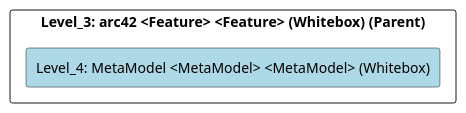
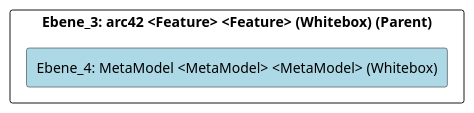
Before and after one commit to marcozwyssig/cleon: the diagram in doc/cleonproject_deliverables_architecture_model_architecture/adoc/de/05_bausteinsicht/cleon/architecture_methods/arc42/metamodel/ebene_4_metamodel.adoc, drawn with PlantUML. The commit also changed other lines of this file and 214 other files, not shown here.

```diff
--- a/doc/cleonproject_deliverables_architecture_model_architecture/adoc/de/05_bausteinsicht/cleon/architecture_methods/arc42/metamodel/ebene_4_metamodel.adoc
+++ b/doc/cleonproject_deliverables_architecture_model_architecture/adoc/de/05_bausteinsicht/cleon/architecture_methods/arc42/metamodel/ebene_4_metamodel.adoc
@@ -21,24 +21,24 @@
-[plantuml, Level_4: MetaModel <MetaModel> <MetaModel> (Whitebox)BlockOverview, format="svg"]
+[plantuml, Ebene_4: MetaModel <MetaModel> <MetaModel> (Whitebox)BlockOverview, format="svg"]
 ----
-@startuml Level_4: MetaModel <MetaModel> <MetaModel> (Whitebox)BuildingBlockOverview
+@startuml Ebene_4: MetaModel <MetaModel> <MetaModel> (Whitebox)BuildingBlockOverview
 
 skinparam ranksep 10
 skinparam componentStyle rectangle
 skinparam shadowing false
 skinparam arrowColor lightblue
 skinparam arrowThickness 1.2
 skinparam rectangle {
   BackgroundColor White
   BorderColor #333
   RoundCorner 10
 }
 top to bottom direction
 
-component "Level_3: arc42 <Feature> <Feature> (Whitebox) (Parent)" {
-    component "Level_4: MetaModel <MetaModel> <MetaModel> (Whitebox)" #lightblue {
+component "Ebene_3: arc42 <Feature> <Feature> (Whitebox) (Parent)" {
+    component "Ebene_4: MetaModel <MetaModel> <MetaModel> (Whitebox)" #lightblue {
     }
 
 }
 
 @enduml
 ----
```
